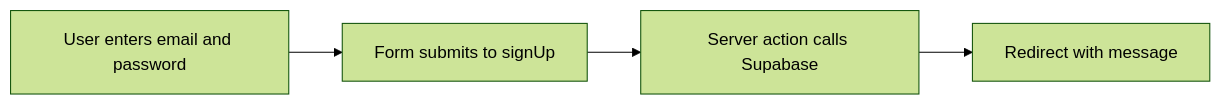
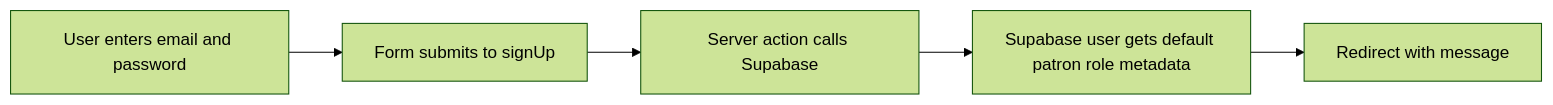
One commit to matthewlovestocode/designated changed the diagram in docs/web/pages/sign-up-page.md. Above: the diagram before and after it, drawn with Mermaid (forest theme). The commit also changed other lines of this file and 26 other files, not shown here.

````diff
--- a/docs/web/pages/sign-up-page.md
+++ b/docs/web/pages/sign-up-page.md
@@ -116,6 +119,7 @@
 ```mermaid
 flowchart LR
     A["User enters email and password"] --> B["Form submits to signUp"]
     B --> C["Server action calls Supabase"]
-    C --> D["Redirect with message"]
+    C --> D["Supabase user gets default patron role metadata"]
+    D --> E["Redirect with message"]
 ```
````
